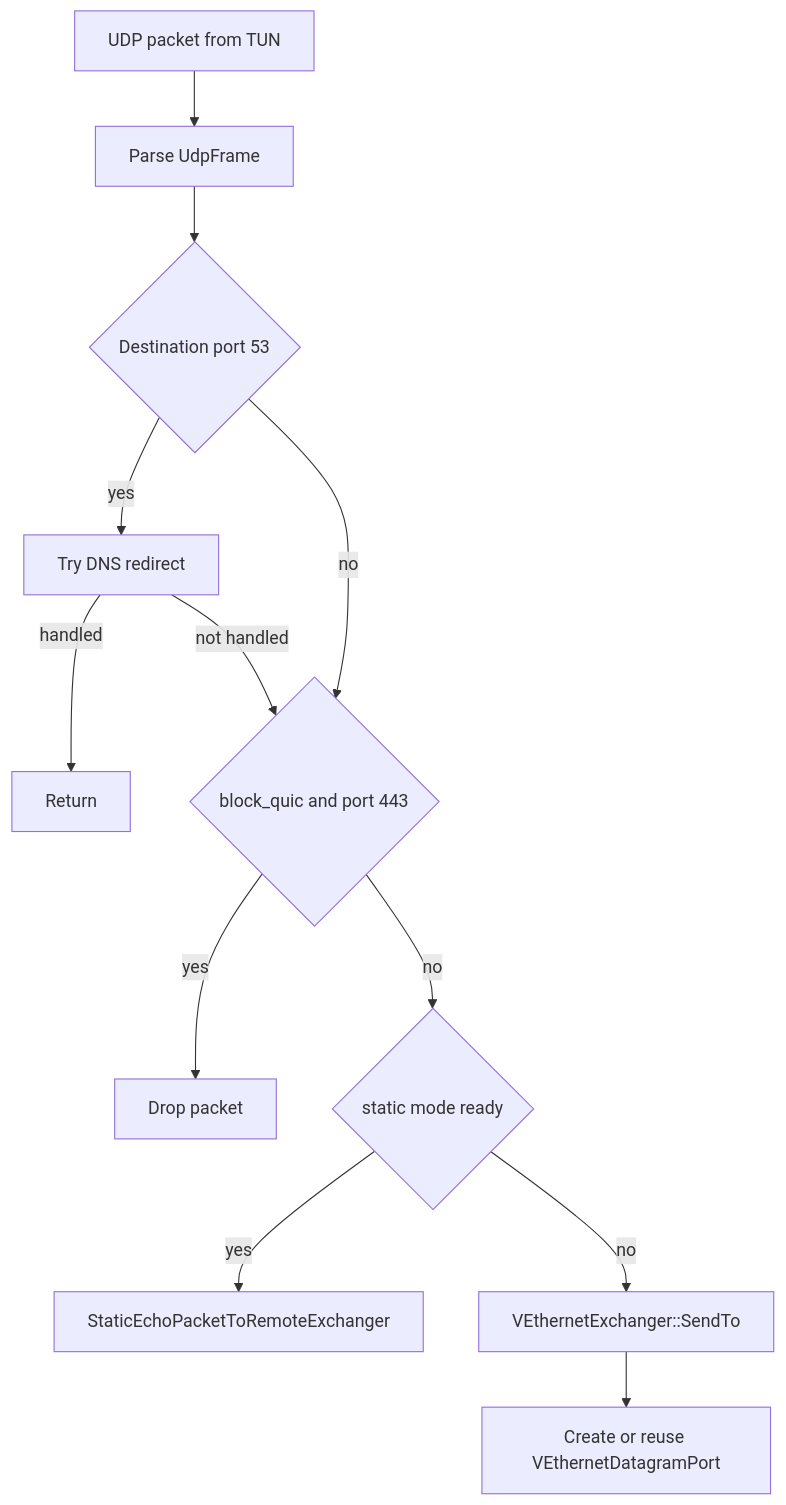
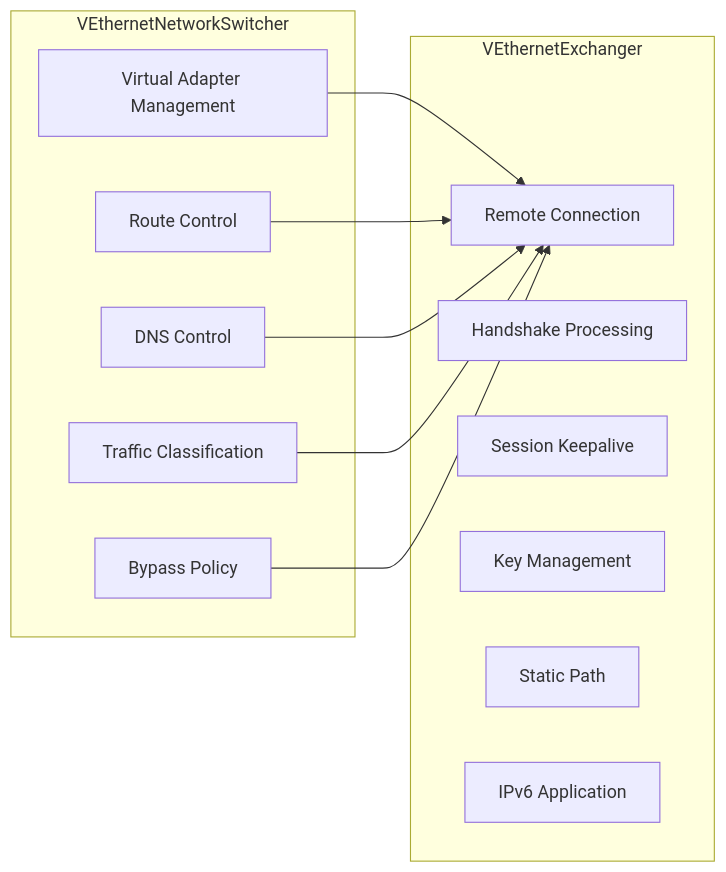
Before and after one commit to HyacinthHaru/openppp2: the second of 12 diagrams in docs/CLIENT_ARCHITECTURE.md, drawn with Mermaid. The commit also changed other lines of this file and 31 other files, not shown here.

````diff
--- a/docs/CLIENT_ARCHITECTURE.md
+++ b/docs/CLIENT_ARCHITECTURE.md
@@ -200,14 +69,25 @@
 ```mermaid
-flowchart TD
-    A[UDP packet from TUN] --> B[Parse UdpFrame]
-    B --> C{Destination port 53}
-    C -- yes --> D[Try DNS redirect]
-    D -->|handled| E[Return]
-    D -->|not handled| F
-    C -- no --> F{block_quic and port 443}
-    F -- yes --> G[Drop packet]
-    F -- no --> H{static mode ready}
-    H -- yes --> I[StaticEchoPacketToRemoteExchanger]
-    H -- no --> J[VEthernetExchanger::SendTo]
-    J --> K[Create or reuse VEthernetDatagramPort]
+flowchart LR
+    subgraph VEthernetNetworkSwitcher
+        A[Virtual Adapter Management]
+        B[Route Control]
+        C[DNS Control]
+        D[Traffic Classification]
+        E[Bypass Policy]
+    end
+    
+    subgraph VEthernetExchanger
+        F[Remote Connection]
+        G[Handshake Processing]
+        H[Session Keepalive]
+        I[Key Management]
+        J[Static Path]
+        K[IPv6 Application]
+    end
+    
+    A --> F
+    B --> F
+    C --> F
+    D --> F
+    E --> F
 ```
````
